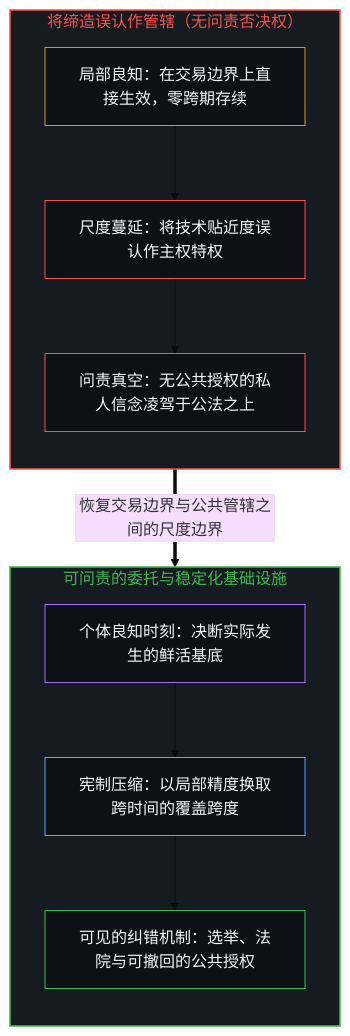
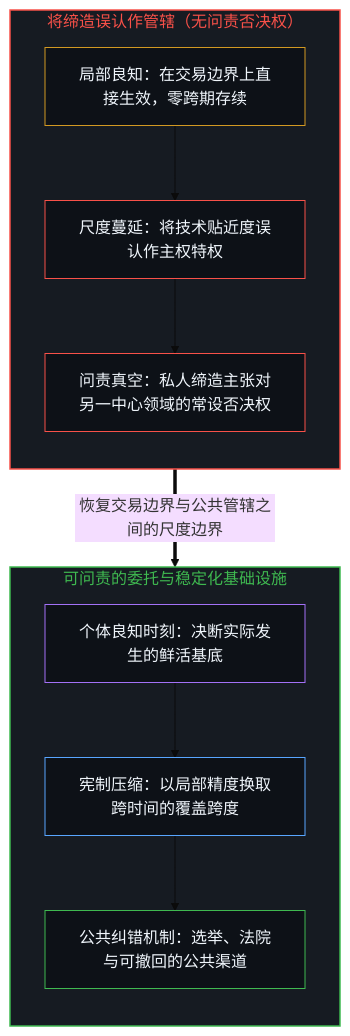
One commit to powerpig99/not-a-toe changed the first of 2 diagrams in content/posts/conscience-power-delegation.md. Above: the diagram before and after it, drawn with Mermaid (base theme). The commit also changed other lines of this file and 7 other files, not shown here.

````diff
--- a/content/posts/conscience-power-delegation.md
+++ b/content/posts/conscience-power-delegation.md
@@ -45,26 +45,26 @@
 ```mermaid
 flowchart TD
     subgraph S_Orig["将缔造误认作管辖（无问责否决权）"]
         direction TB
         O_Local["局部良知：在交易边界上直接生效，零跨期存续"]
         O_Creep["尺度蔓延：将技术贴近度误认作主权特权"]
-        O_Vacuum["问责真空：无公共授权的私人信念凌驾于公法之上"]
+        O_Vacuum["问责真空：私人缔造主张对另一中心领域的常设否决权"]
         O_Local --> O_Creep --> O_Vacuum
     end
     subgraph S_Deleg["可问责的委托与稳定化基础设施"]
         direction TB
         D_Ground["个体良知时刻：决断实际发生的鲜活基底"]
         D_Compress["宪制压缩：以局部精度换取跨时间的覆盖跨度"]
-        D_Correct["可见的纠错机制：选举、法院与可撤回的公共授权"]
+        D_Correct["公共纠错机制：选举、法院与可撤回的公共渠道"]
         D_Ground --> D_Compress --> D_Correct
     end
     O_Vacuum ==>|"恢复交易边界与公共管辖之间的尺度边界"| D_Ground
     style S_Orig fill:#161b22,stroke:#f85149,stroke-width:1.5px,color:#f85149
     style S_Deleg fill:#161b22,stroke:#3fb950,stroke-width:1.5px,color:#3fb950
     style O_Local fill:#0d1117,stroke:#d29922,stroke-width:1px,color:#f0f6fc
     style O_Creep fill:#0d1117,stroke:#f85149,stroke-width:1px,color:#f0f6fc
     style O_Vacuum fill:#0d1117,stroke:#f85149,stroke-width:1px,color:#f0f6fc
     style D_Ground fill:#0d1117,stroke:#a371f7,stroke-width:1px,color:#f0f6fc
     style D_Compress fill:#0d1117,stroke:#58a6ff,stroke-width:1px,color:#f0f6fc
     style D_Correct fill:#0d1117,stroke:#3fb950,stroke-width:1px,color:#f0f6fc
 ```
````
